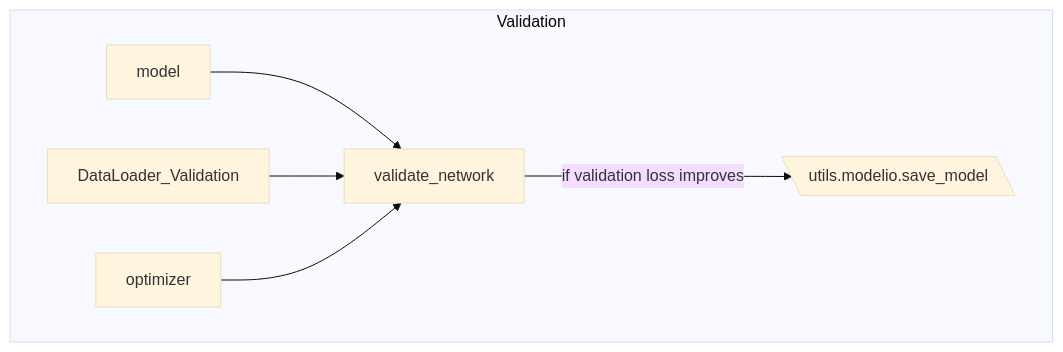
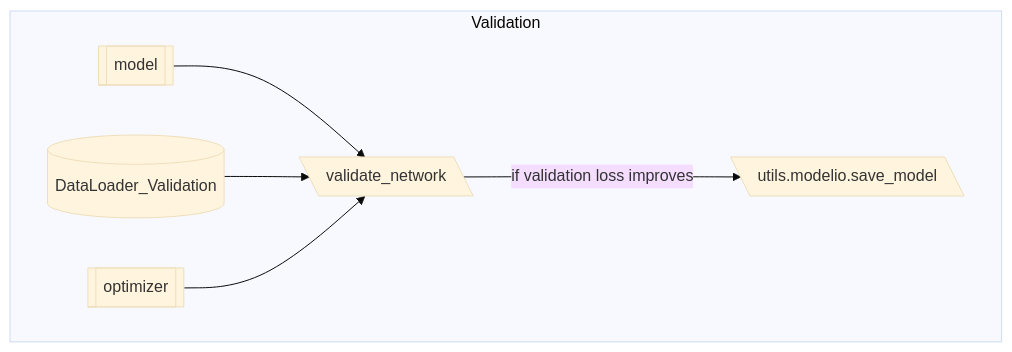
One commit to szmazurek/GaNDLF changed the fourth of 5 diagrams in docs/flowchart.md. Above: the diagram before and after it, drawn with Mermaid (base theme). The commit also changed other lines of this file, not shown here.

````diff
--- a/docs/flowchart.md
+++ b/docs/flowchart.md
@@ -56,9 +56,9 @@
 ```mermaid
 flowchart TD
     subgraph Validation
-        model --> validate_network
-        DataLoader_Validation --> validate_network
-        optimizer --> validate_network
+        model[[model]] --> validate_network[\validate_network\]
+        DataLoader_Validation[(DataLoader_Validation)] --> validate_network
+        optimizer[[optimizer]] --> validate_network
         validate_network -->|if validation loss improves| save_model[\utils.modelio.save_model\]
     end
 ```
````
